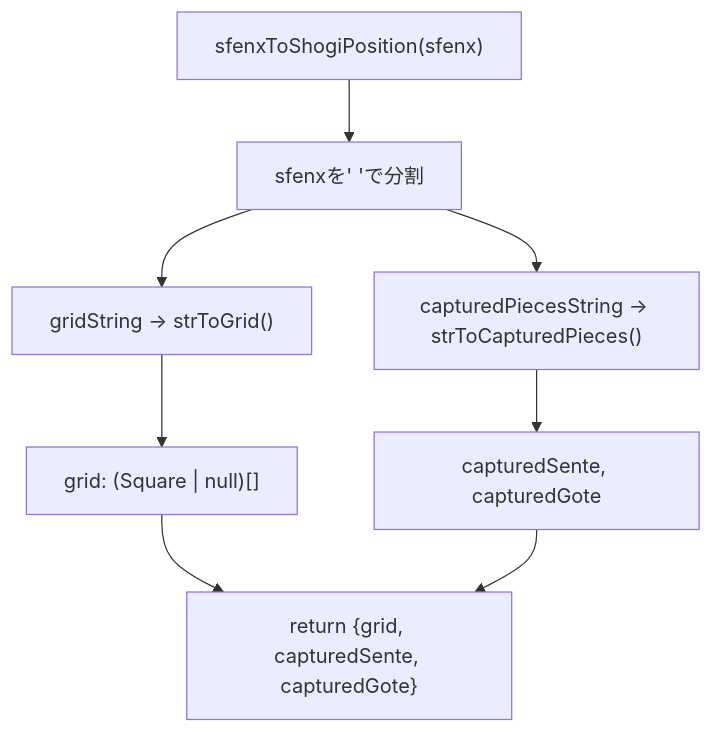
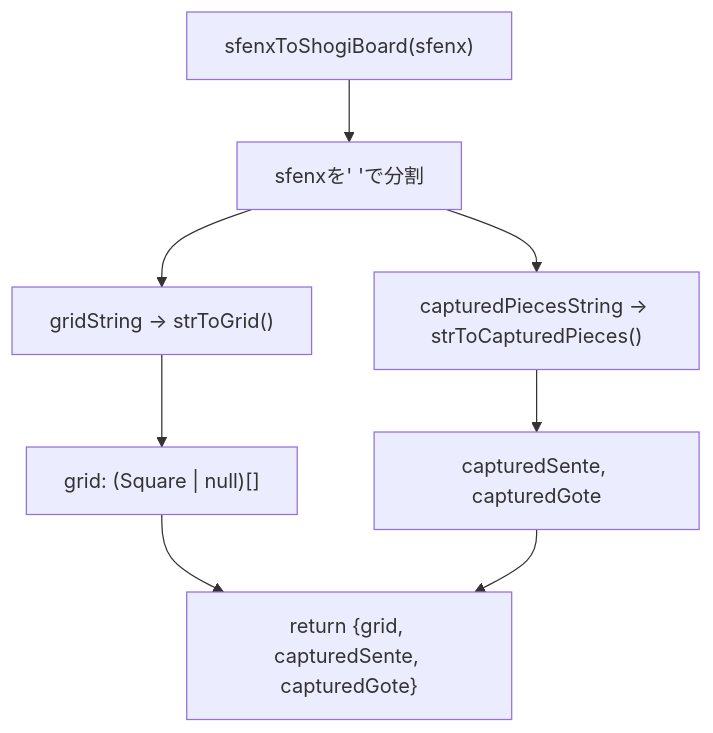
Before and after one commit to hashiryo/SvelteShogi: the fifth of 6 diagrams in .qoder/repowiki/ja/content/Kifu Node System.md, drawn with Mermaid. The commit also changed other lines of this file and 17 other files, not shown here.

````diff
--- a/.qoder/repowiki/ja/content/Kifu Node System.md
+++ b/.qoder/repowiki/ja/content/Kifu Node System.md
@@ -197,10 +217,10 @@
 ```mermaid
 flowchart TD
-A["sfenxToShogiPosition(sfenx)"] --> B["sfenxを' 'で分割"]
+A["sfenxToShogiBoard(sfenx)"] --> B["sfenxを' 'で分割"]
 B --> C["gridString → strToGrid()"]
 B --> D["capturedPiecesString → strToCapturedPieces()"]
 C --> E["grid: (Square | null)[]"]
 D --> F["capturedSente, capturedGote"]
 E --> G["return {grid, capturedSente, capturedGote}"]
 F --> G
 ```
````
